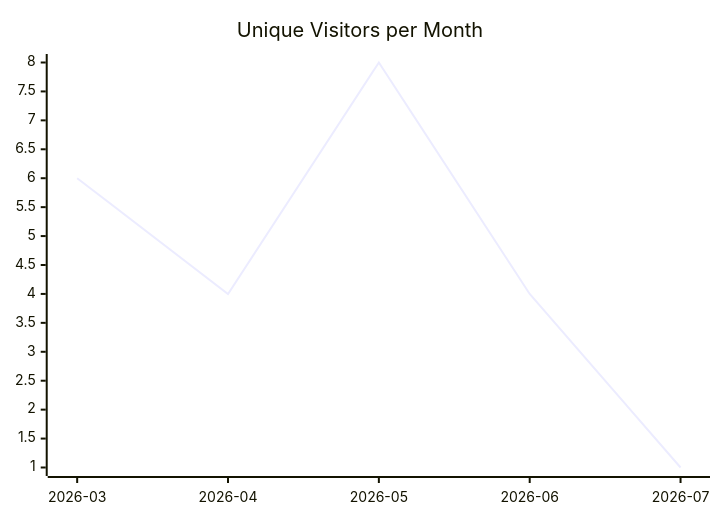
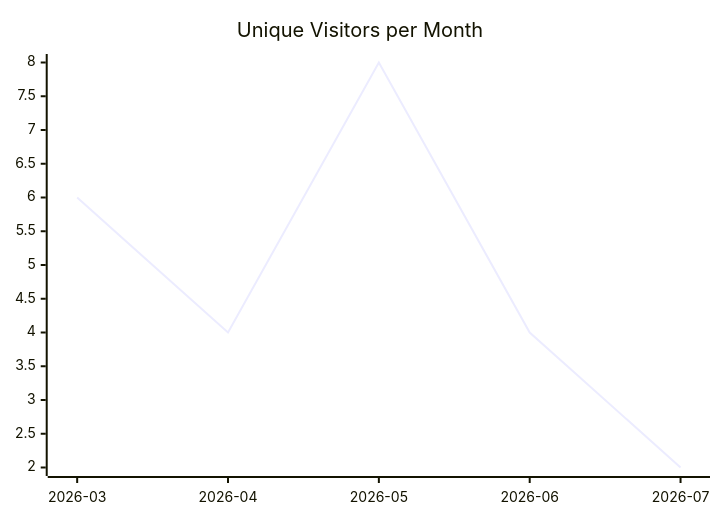
The first of 3 diagrams in karlmdavis/xmlpull/README.md (justdavis-family/github-analytics-data), drawn with Mermaid before and after one commit. The commit also changed other lines of this file and 185 other files, not shown here.

````diff
--- a/karlmdavis/xmlpull/README.md
+++ b/karlmdavis/xmlpull/README.md
@@ -5,6 +5,6 @@
 ```mermaid
 xychart-beta
   title "Unique Visitors per Month"
   x-axis ["2026-03", "2026-04", "2026-05", "2026-06", "2026-07"]
-  line [6, 4, 8, 4, 1]
+  line [6, 4, 8, 4, 2]
 ```
````
